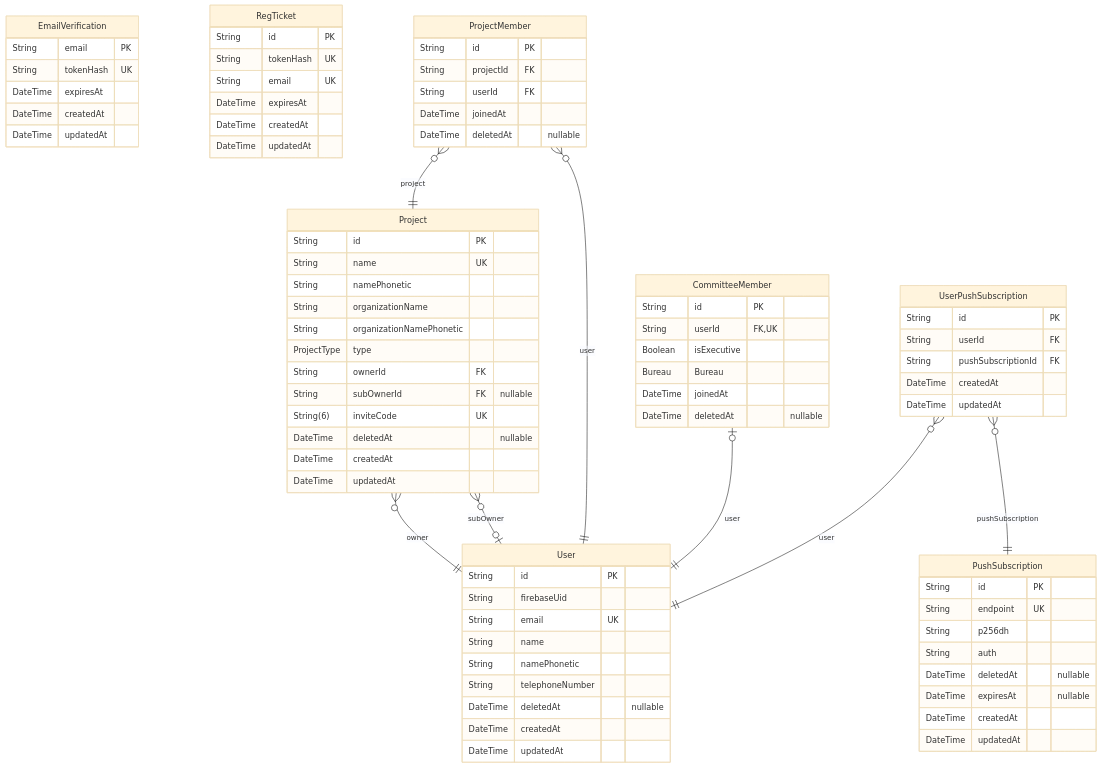
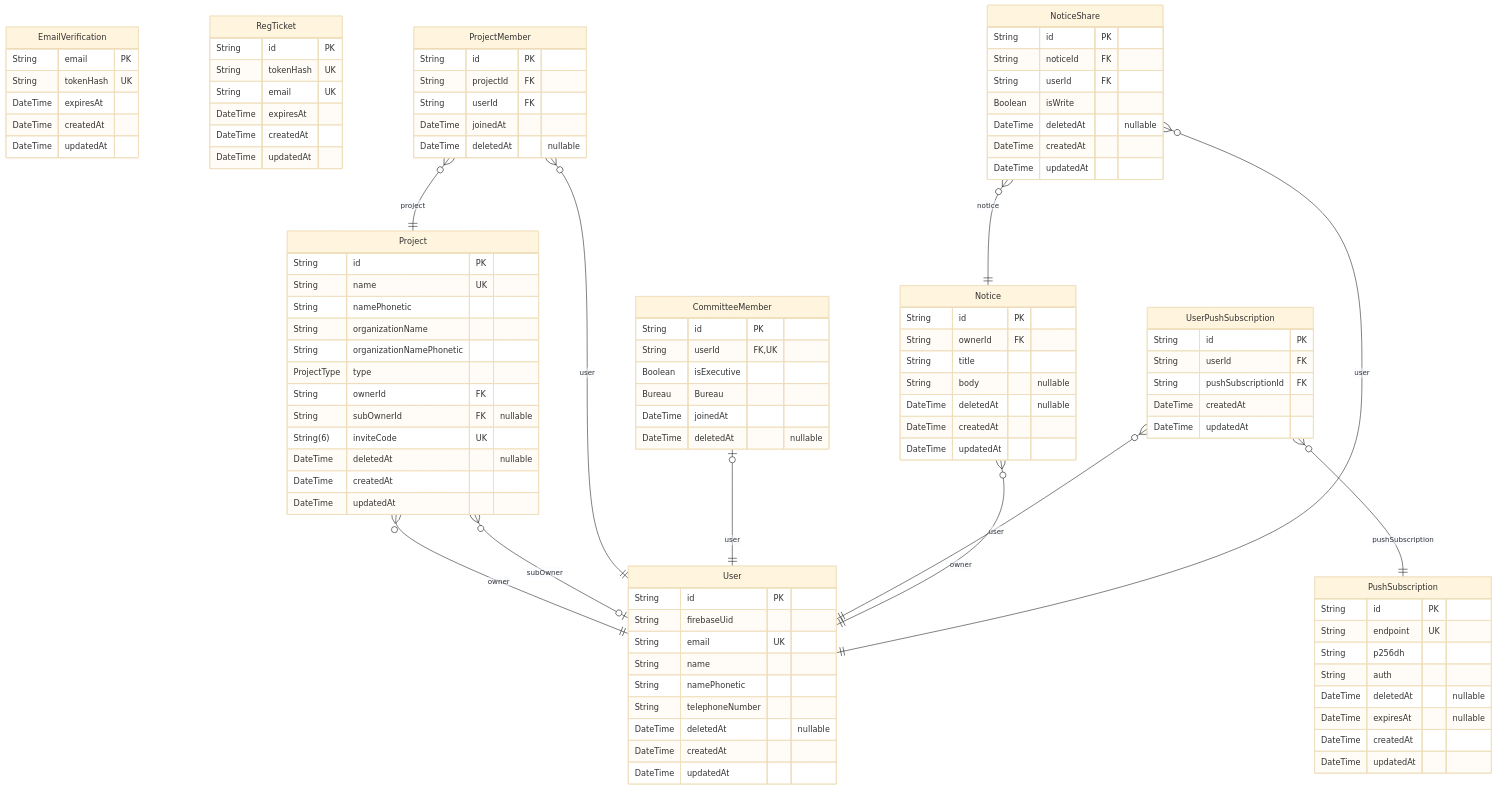
Before and after one commit to sohosai/sos26: the diagram in apps/api/prisma/ERD.md, drawn with Mermaid (base theme). The commit also changed other lines of this file and 1 other file, not shown here.

Commit message:
add Notice

````diff
--- a/apps/api/prisma/ERD.md
+++ b/apps/api/prisma/ERD.md
@@ -80,6 +80,24 @@
   DateTime createdAt
   DateTime updatedAt
 }
+"Notice" {
+  String id PK
+  String ownerId FK
+  String title
+  String body "nullable"
+  DateTime deletedAt "nullable"
+  DateTime createdAt
+  DateTime updatedAt
+}
+"NoticeShare" {
+  String id PK
+  String noticeId FK
+  String userId FK
+  Boolean isWrite
+  DateTime deletedAt "nullable"
+  DateTime createdAt
+  DateTime updatedAt
+}
 "Project" }o--|| "User" : owner
 "Project" }o--o| "User" : subOwner
 "ProjectMember" }o--|| "Project" : project
@@ -87,4 +105,7 @@
 "CommitteeMember" |o--|| "User" : user
 "UserPushSubscription" }o--|| "User" : user
 "UserPushSubscription" }o--|| "PushSubscription" : pushSubscription
+"Notice" }o--|| "User" : owner
+"NoticeShare" }o--|| "Notice" : notice
+"NoticeShare" }o--|| "User" : user
 ```
````
